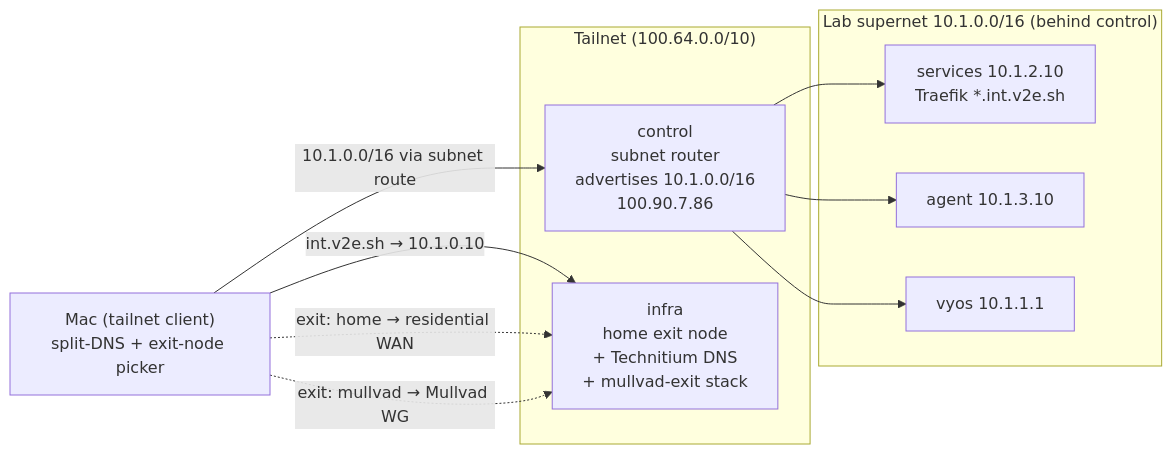
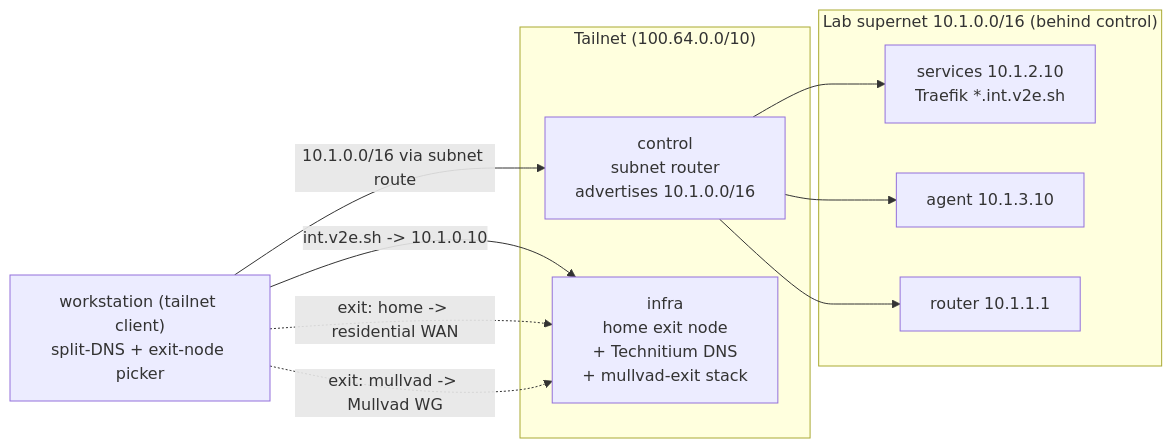
One commit to v2e-sh/v2e-docs changed the first of 3 diagrams in docs/system/tailscale-dns.md. Above: the diagram before and after it, drawn with Mermaid. The commit also changed other lines of this file and 11 other files, not shown here.

````diff
--- a/docs/system/tailscale-dns.md
+++ b/docs/system/tailscale-dns.md
@@ -19,23 +16,23 @@
 ```mermaid
 flowchart LR
-    mac["Mac (tailnet client)\nsplit-DNS + exit-node picker"]
+    mac["workstation (tailnet client)\nsplit-DNS + exit-node picker"]
 
     subgraph tailnet["Tailnet (100.64.0.0/10)"]
-      control["control\nsubnet router\nadvertises 10.1.0.0/16\n100.90.7.86"]
+      control["control\nsubnet router\nadvertises 10.1.0.0/16"]
       infra["infra\nhome exit node\n+ Technitium DNS\n+ mullvad-exit stack"]
     end
 
     subgraph lab["Lab supernet 10.1.0.0/16 (behind control)"]
       services["services 10.1.2.10\nTraefik *.int.v2e.sh"]
       agent["agent 10.1.3.10"]
-      vyos["vyos 10.1.1.1"]
+      vyos["router 10.1.1.1"]
     end
 
-    mac -- "int.v2e.sh → 10.1.0.10" --> infra
+    mac -- "int.v2e.sh -> 10.1.0.10" --> infra
     mac -- "10.1.0.0/16 via subnet route" --> control
     control --> services
     control --> agent
     control --> vyos
-    mac -. "exit: home → residential WAN" .-> infra
-    mac -. "exit: mullvad → Mullvad WG" .-> infra
+    mac -. "exit: home -> residential WAN" .-> infra
+    mac -. "exit: mullvad -> Mullvad WG" .-> infra
 ```
````
